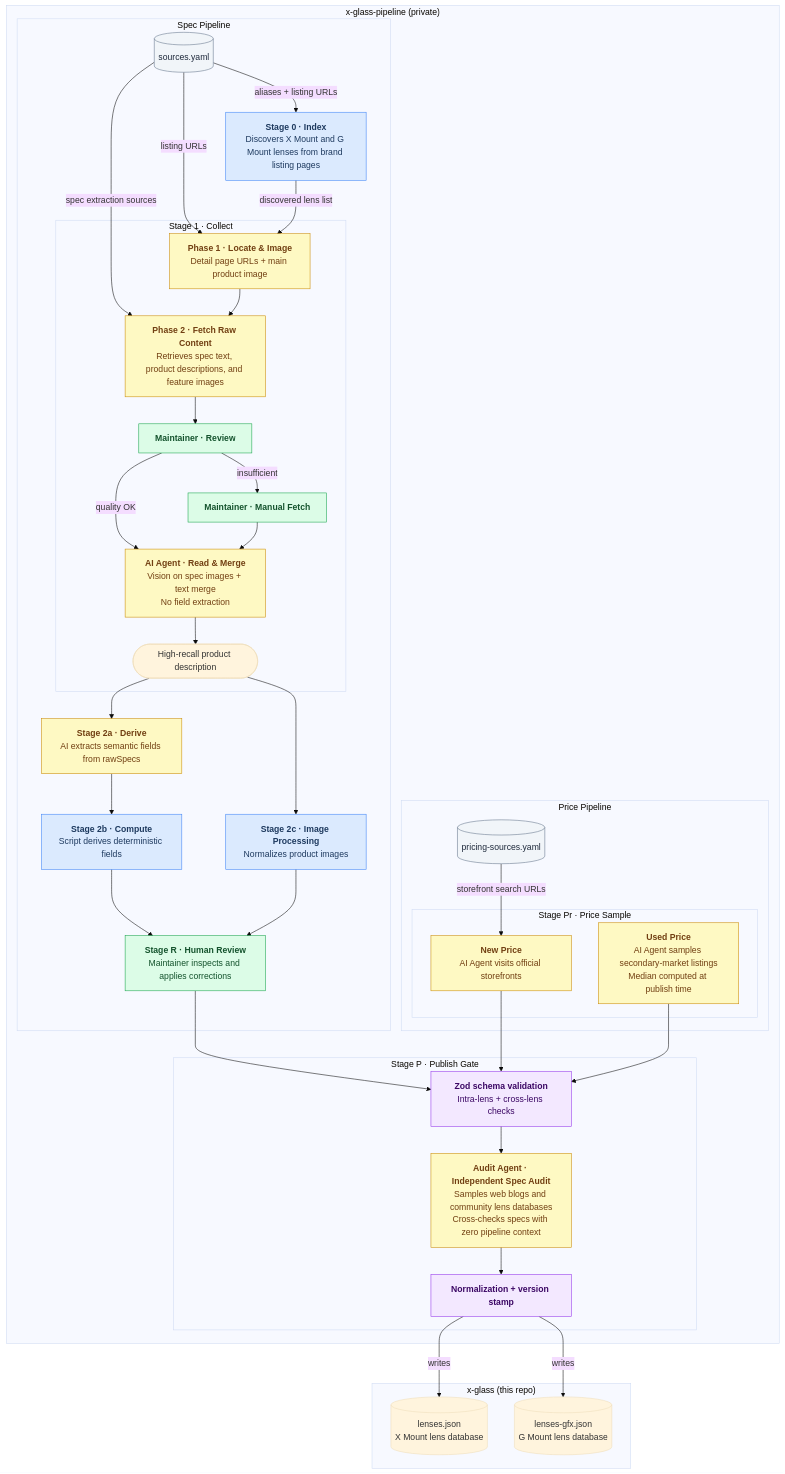
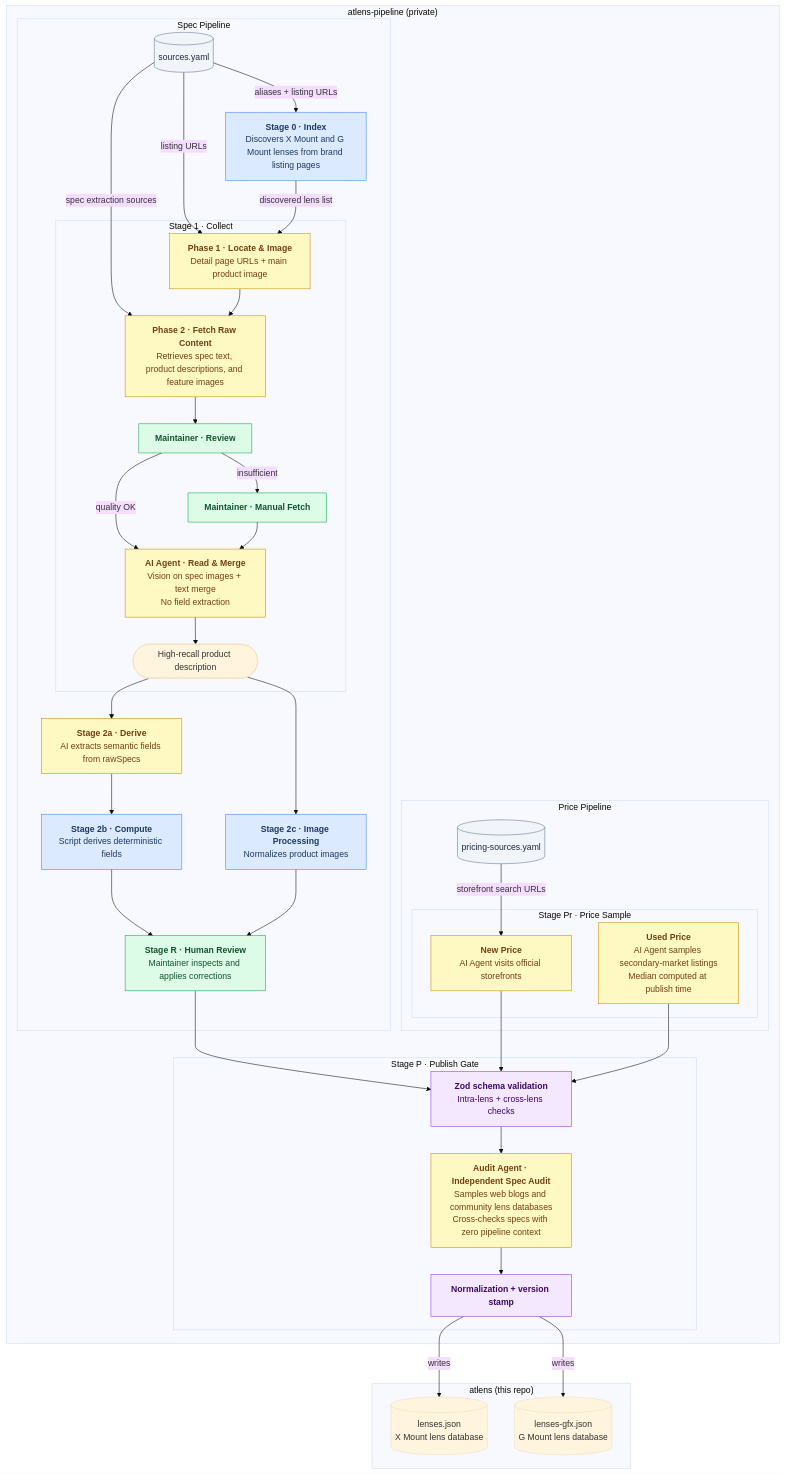
One commit to sentacraft/atlens changed the diagram in README.md. Above: the diagram before and after it, drawn with Mermaid (base theme). The commit also changed other lines of this file and 31 other files, not shown here.

Commit message:
feat(branding): rename X-Glass to Atlens, point to atlens.app (#328)

````diff
--- a/README.md
+++ b/README.md
@@ -58,78 +58,78 @@
 ```mermaid
 flowchart TD
-  subgraph pipeline["x-glass-pipeline (private)"]
+  subgraph pipeline["atlens-pipeline (private)"]
 
     subgraph spec["Spec Pipeline"]
       SOURCES[("sources.yaml")]
 
       S0["<b>Stage 0 · Index</b><br/>Discovers X Mount and G Mount lenses from brand listing pages"]
 
       subgraph s1["Stage 1 · Collect"]
         S1p1["<b>Phase 1 · Locate & Image</b><br/>Detail page URLs + main product image"]
         S1p2["<b>Phase 2 · Fetch Raw Content</b><br/>Retrieves spec text, product descriptions, and feature images"]
         S1r["<b>Maintainer · Review</b>"]
         S1h["<b>Maintainer · Manual Fetch</b>"]
         S1b["<b>AI Agent · Read & Merge</b><br/>Vision on spec images + text merge<br/>No field extraction"]
         S1out(["High-recall product description"])
       end
 
       S2a["<b>Stage 2a · Derive</b><br/>AI extracts semantic fields from rawSpecs"]
       S2b["<b>Stage 2b · Compute</b><br/>Script derives deterministic fields"]
       S2c["<b>Stage 2c · Image Processing</b><br/>Normalizes product images"]
       SR["<b>Stage R · Human Review</b><br/>Maintainer inspects and applies corrections"]
     end
 
     subgraph price["Price Pipeline"]
       PRICING_SOURCES[("pricing-sources.yaml")]
 
       subgraph spr["Stage Pr · Price Sample"]
         SPrNew["<b>New Price</b><br/>AI Agent visits official storefronts"]
         SPrUsed["<b>Used Price</b><br/>AI Agent samples secondary-market listings<br/>Median computed at publish time"]
       end
     end
 
     subgraph sp["Stage P · Publish Gate"]
       SP1["<b>Zod schema validation</b><br/>Intra-lens + cross-lens checks"]
       SP_AUDIT["<b>Audit Agent · Independent Spec Audit</b><br/>Samples web blogs and community lens databases<br/>Cross-checks specs with zero pipeline context"]
       SP2["<b>Normalization + version stamp</b>"]
     end
   end
 
   SOURCES -->|"aliases + listing URLs"| S0
   SOURCES -->|"listing URLs"| S1p1
   SOURCES -->|"spec extraction sources"| S1p2
   S0 -->|"discovered lens list"| S1p1
   S1p1 --> S1p2
   S1p2 --> S1r
   S1r -->|"quality OK"| S1b
   S1r -->|"insufficient"| S1h
   S1h --> S1b
   S1b --> S1out
   S1out --> S2a & S2c
   S2a --> S2b
   S2b & S2c --> SR
   SR --> SP1
   PRICING_SOURCES -->|"storefront search URLs"| SPrNew
   SPrUsed
   SPrNew & SPrUsed --> SP1
   SP1 --> SP_AUDIT
   SP_AUDIT --> SP2
-  subgraph xglass["x-glass (this repo)"]
+  subgraph xglass["atlens (this repo)"]
     DBX[("lenses.json<br/>X Mount lens database")]
     DBG[("lenses-gfx.json<br/>G Mount lens database")]
   end
   SP2 -->|"writes"| DBX
   SP2 -->|"writes"| DBG
 
   classDef script fill:#dbeafe,stroke:#3b82f6,color:#1e3a5f
   classDef agent fill:#fef9c3,stroke:#ca8a04,color:#713f12
   classDef human fill:#dcfce7,stroke:#16a34a,color:#14532d
   classDef gate fill:#f3e8ff,stroke:#9333ea,color:#3b0764
   classDef config fill:#f1f5f9,stroke:#64748b,color:#1e293b
 
   class S0,S2b,S2c script
   class S1p1,S1p2,S1b,S2a,SPrNew,SPrUsed,SP_AUDIT agent
   class S1r,S1h,SR human
   class SP1,SP2 gate
   class SOURCES,PRICING_SOURCES config
 ```
````
